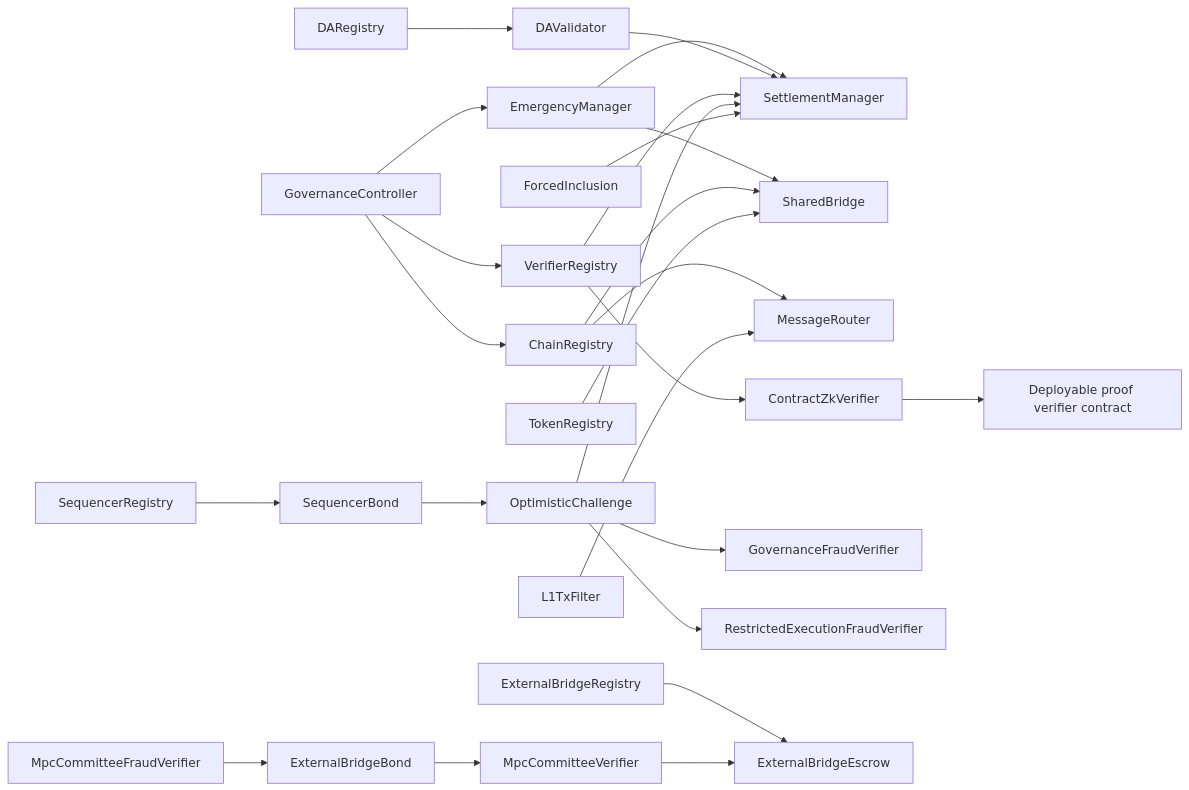
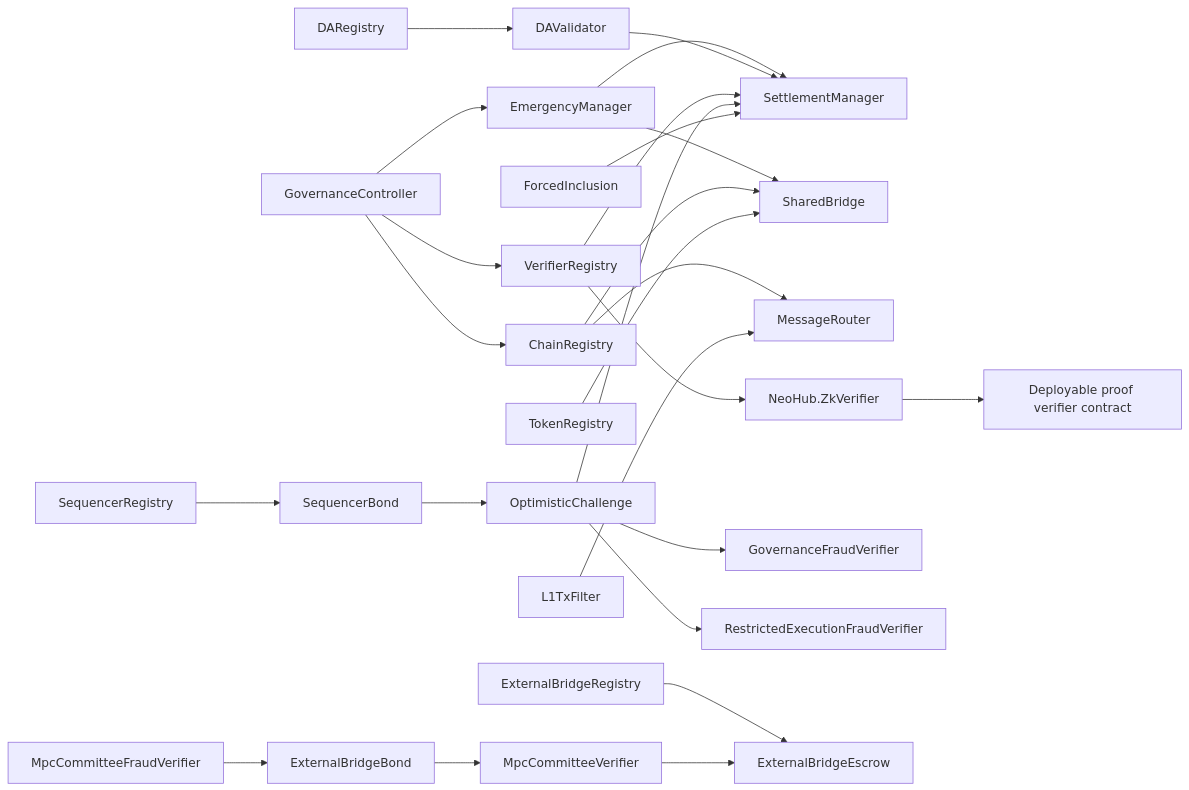
One commit to r3e-network/neo-n4 changed the second of 10 diagrams in docs/neohub-architecture-and-workflows.md. Above: the diagram before and after it, drawn with Mermaid. The commit also changed other lines of this file and 220 other files, not shown here.

First line of the commit message:
feat: architecture optimization - security hardening, testing infra, docs system

````diff
--- a/docs/neohub-architecture-and-workflows.md
+++ b/docs/neohub-architecture-and-workflows.md
@@ -124,32 +132,32 @@
 ```mermaid
 flowchart LR
     gov["GovernanceController"] --> chain["ChainRegistry"]
     gov --> verifiers["VerifierRegistry"]
     gov --> emergency["EmergencyManager"]
     emergency --> settle["SettlementManager"]
     emergency --> bridge["SharedBridge"]
 
     chain --> bridge
     chain --> msg["MessageRouter"]
     token["TokenRegistry"] --> bridge
 
     daReg["DARegistry"] --> daVal["DAValidator"]
     daVal --> settle
     verifiers --> settle
-    verifiers --> nativeZk["ContractZkVerifier"]
+    verifiers --> nativeZk["NeoHub.ZkVerifier"]
     nativeZk --> nativeAcc["Deployable proof verifier contract"]
 
     seqReg["SequencerRegistry"] --> bond["SequencerBond"]
     bond --> challenge["OptimisticChallenge"]
     challenge --> settle
     challenge --> govFraud["GovernanceFraudVerifier"]
     challenge --> rexFraud["RestrictedExecutionFraudVerifier"]
 
     force["ForcedInclusion"] --> settle
     filter["L1TxFilter"] --> msg
 
     extReg["ExternalBridgeRegistry"] --> extEscrow["ExternalBridgeEscrow"]
     extBond["ExternalBridgeBond"] --> mpc["MpcCommitteeVerifier"]
     mpc --> extEscrow
     extFraud["MpcCommitteeFraudVerifier"] --> extBond
 ```
````
